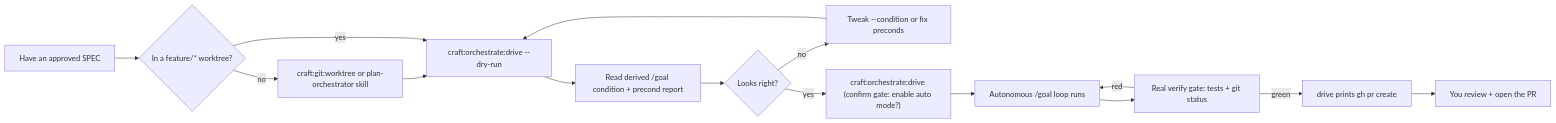
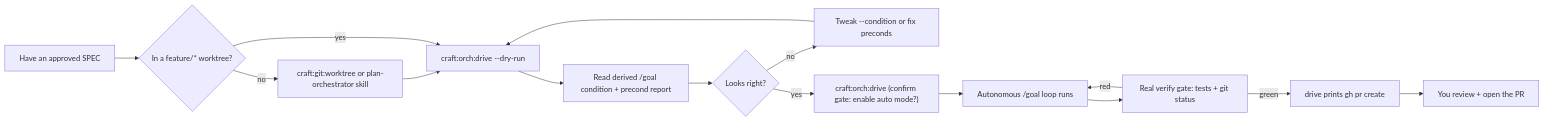
Before and after one commit to Data-Wise/craft: the diagram in docs/commands/orchestrate-drive.md, drawn with Mermaid. The commit also changed other lines of this file and 98 other files, not shown here.

````diff
--- a/docs/commands/orchestrate-drive.md
+++ b/docs/commands/orchestrate-drive.md
@@ -54,17 +54,17 @@
 ```mermaid
 flowchart LR
     A[Have an approved SPEC] --> B{In a feature/* worktree?}
     B -->|no| B1["craft:git:worktree or plan-orchestrator skill"]
     B1 --> C
-    B -->|yes| C["craft:orchestrate:drive --dry-run"]
+    B -->|yes| C["craft:orch:drive --dry-run"]
     C --> D[Read derived /goal condition + precond report]
     D --> E{Looks right?}
     E -->|no| F["Tweak --condition or fix preconds"]
     F --> C
-    E -->|yes| G["craft:orchestrate:drive (confirm gate: enable auto mode?)"]
+    E -->|yes| G["craft:orch:drive (confirm gate: enable auto mode?)"]
     G --> H[Autonomous /goal loop runs]
     H --> I["Real verify gate: tests + git status"]
     I -->|red| H
     I -->|green| J[drive prints gh pr create]
     J --> K[You review + open the PR]
 ```
````
